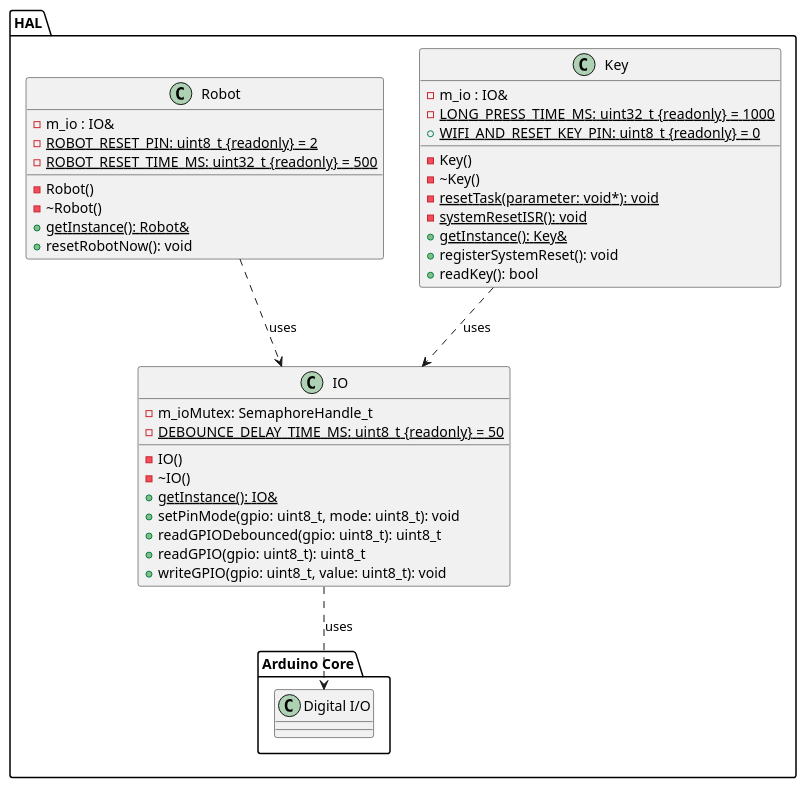
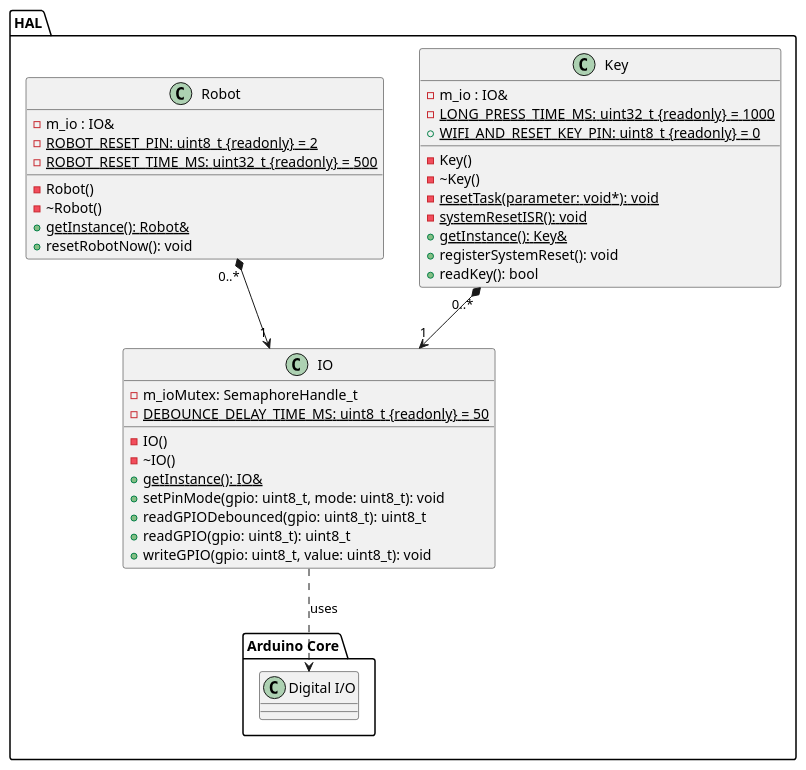
One commit to NewTec-GmbH/ZumoComSystem changed the diagram in doc/design/server/ClassDiagrams/01_HAL.plantuml. Above: the diagram before and after it, drawn with PlantUML. The commit also changed 10 other files, not shown here.

```diff
--- a/doc/design/server/ClassDiagrams/01_HAL.plantuml
+++ b/doc/design/server/ClassDiagrams/01_HAL.plantuml
@@ -1,50 +1,50 @@
 @startuml
 package HAL
 {
     package "Arduino Core"
     {
         class "Digital I/O" as ArduinoIO
     }
 
     class IO
     {
         - m_ioMutex: SemaphoreHandle_t
         {static} - DEBOUNCE_DELAY_TIME_MS: uint8_t {readonly} = 50
         - IO()
         - ~IO()
         + {static} getInstance(): IO&
         + setPinMode(gpio: uint8_t, mode: uint8_t): void
         + readGPIODebounced(gpio: uint8_t): uint8_t
         + readGPIO(gpio: uint8_t): uint8_t
         + writeGPIO(gpio: uint8_t, value: uint8_t): void
     }
     IO  ..> ArduinoIO : uses
 
     class Key
     {
         - m_io : IO&
         {static} - LONG_PRESS_TIME_MS: uint32_t {readonly}  = 1000
         {static} + WIFI_AND_RESET_KEY_PIN: uint8_t {readonly} = 0
         - Key()
         - ~Key()
         - {static} resetTask(parameter: void*): void
         - {static} systemResetISR(): void
         {static} + getInstance(): Key&
         + registerSystemReset(): void
         + readKey(): bool
     }
-    Key ..> IO : uses
+    Key "0..*" *--> "1" IO
 
     class Robot
     {
         - m_io : IO&
         {static} - ROBOT_RESET_PIN: uint8_t {readonly} = 2
         {static} - ROBOT_RESET_TIME_MS: uint32_t {readonly} = 500
         - Robot()
         - ~Robot()
         {static} + getInstance(): Robot&
         + resetRobotNow(): void
     }
-    Robot ..> IO : uses
+    Robot "0..*" *--> "1" IO
 }
 @enduml
```
